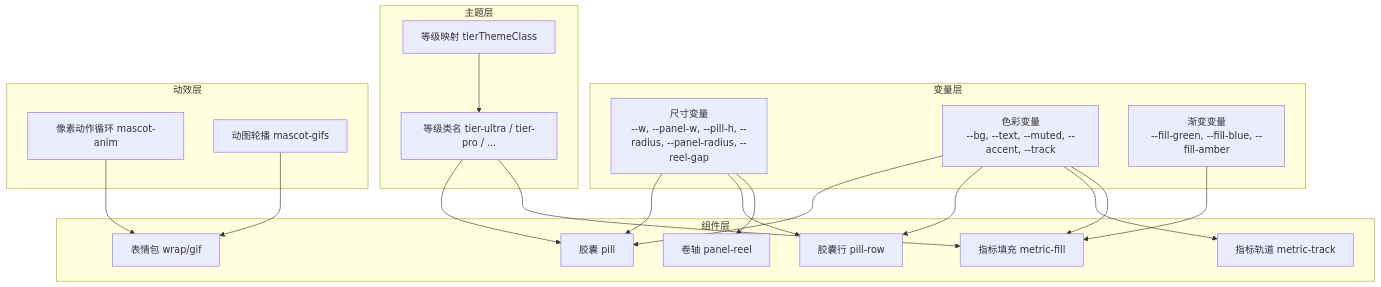
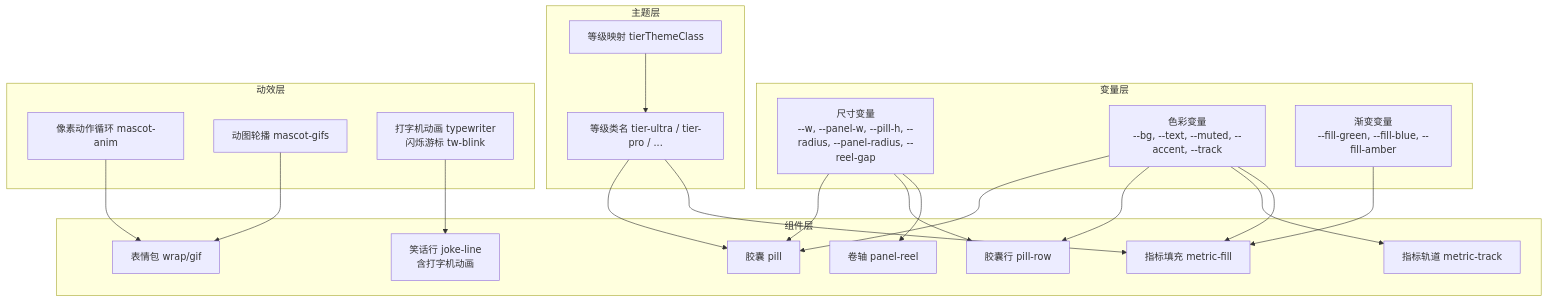
Before and after one commit to Sev73n/cursorq: the second of 3 diagrams in .qoder/repowiki/zh/content/前端架构/样式系统.md, drawn with Mermaid. The commit also changed other lines of this file and 10 other files, not shown here.

````diff
--- a/.qoder/repowiki/zh/content/前端架构/样式系统.md
+++ b/.qoder/repowiki/zh/content/前端架构/样式系统.md
@@ -78,37 +92,40 @@
 ```mermaid
 graph TB
 subgraph "变量层"
 V1["尺寸变量<br/>--w, --panel-w, --pill-h, --radius, --panel-radius, --reel-gap"]
 V2["色彩变量<br/>--bg, --text, --muted, --accent, --track"]
 V3["渐变变量<br/>--fill-green, --fill-blue, --fill-amber"]
 end
 subgraph "组件层"
 P1["胶囊 pill"]
 P2["胶囊行 pill-row"]
 P3["表情包 wrap/gif"]
 P4["卷轴 panel-reel"]
 P5["指标轨道 metric-track"]
 P6["指标填充 metric-fill"]
+P7["笑话行 joke-line<br/>含打字机动画"]
 end
 subgraph "主题层"
 T1["等级映射 tierThemeClass"]
 T2["等级类名 tier-ultra / tier-pro / ..."]
 end
 subgraph "动效层"
 A1["像素动作循环 mascot-anim"]
 A2["动图轮播 mascot-gifs"]
+A3["打字机动画 typewriter<br/>闪烁游标 tw-blink"]
 end
 V1 --> P1
 V1 --> P2
 V1 --> P4
 V2 --> P1
 V2 --> P2
 V2 --> P5
 V2 --> P6
 V3 --> P6
 T1 --> T2
 T2 --> P1
 T2 --> P6
 A1 --> P3
 A2 --> P3
+A3 --> P7
 ```
````
